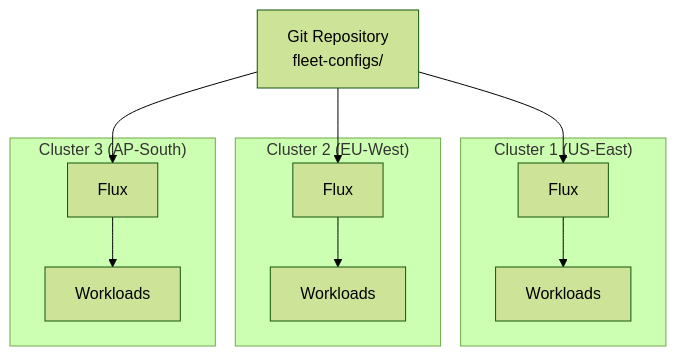
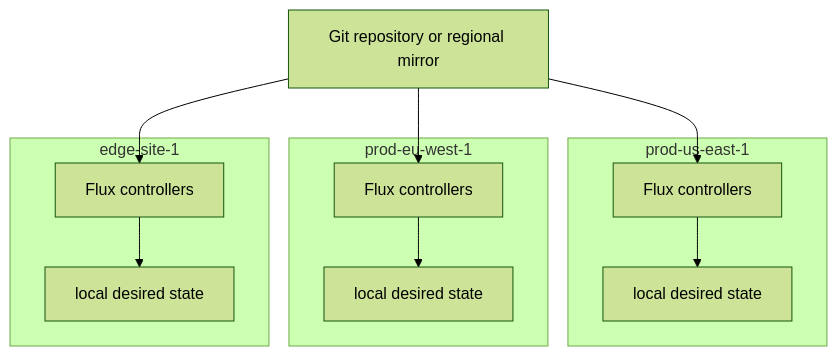
Before and after one commit to krisztiankoos/kubedojo: the third of 6 diagrams in src/content/docs/platform/disciplines/delivery-automation/gitops/module-3.6-multi-cluster.md, drawn with Mermaid (forest theme). The commit also changed other lines of this file, not shown here.

First line of the commit message:
quality(rewrite): codex rewrite platform-disciplines-delivery-automation-gitops-module-3.6-multi-cluster (attempt 5afa1726fb60)

````diff
--- a/src/content/docs/platform/disciplines/delivery-automation/gitops/module-3.6-multi-cluster.md
+++ b/src/content/docs/platform/disciplines/delivery-automation/gitops/module-3.6-multi-cluster.md
@@ -743,20 +335,26 @@
 ```mermaid
-graph TD
-    Git["Git Repository<br>fleet-configs/"]
-    
-    subgraph C1 ["Cluster 1 (US-East)"]
-        F1["Flux"] --> W1["Workloads"]
+flowchart TD
+    Git["Git repository or regional mirror"]
+
+    subgraph US["prod-us-east-1"]
+        FluxUS["Flux controllers"]
+        WorkUS["local desired state"]
+        FluxUS --> WorkUS
     end
-    
-    subgraph C2 ["Cluster 2 (EU-West)"]
-        F2["Flux"] --> W2["Workloads"]
+
+    subgraph EU["prod-eu-west-1"]
+        FluxEU["Flux controllers"]
+        WorkEU["local desired state"]
+        FluxEU --> WorkEU
     end
-    
-    subgraph C3 ["Cluster 3 (AP-South)"]
-        F3["Flux"] --> W3["Workloads"]
+
+    subgraph Edge["edge-site-1"]
+        FluxEdge["Flux controllers"]
+        WorkEdge["local desired state"]
+        FluxEdge --> WorkEdge
     end
-    
-    Git --> F1
-    Git --> F2
-    Git --> F3
+
+    Git --> FluxUS
+    Git --> FluxEU
+    Git --> FluxEdge
 ```
````
